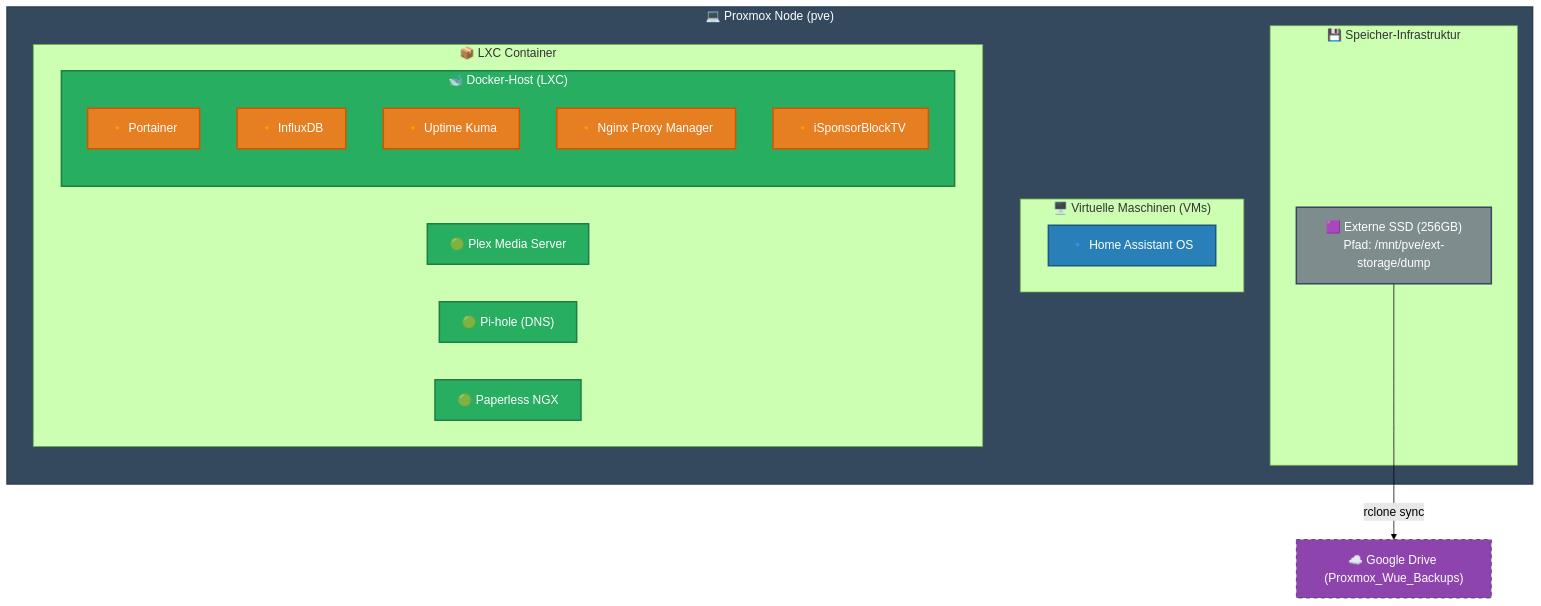
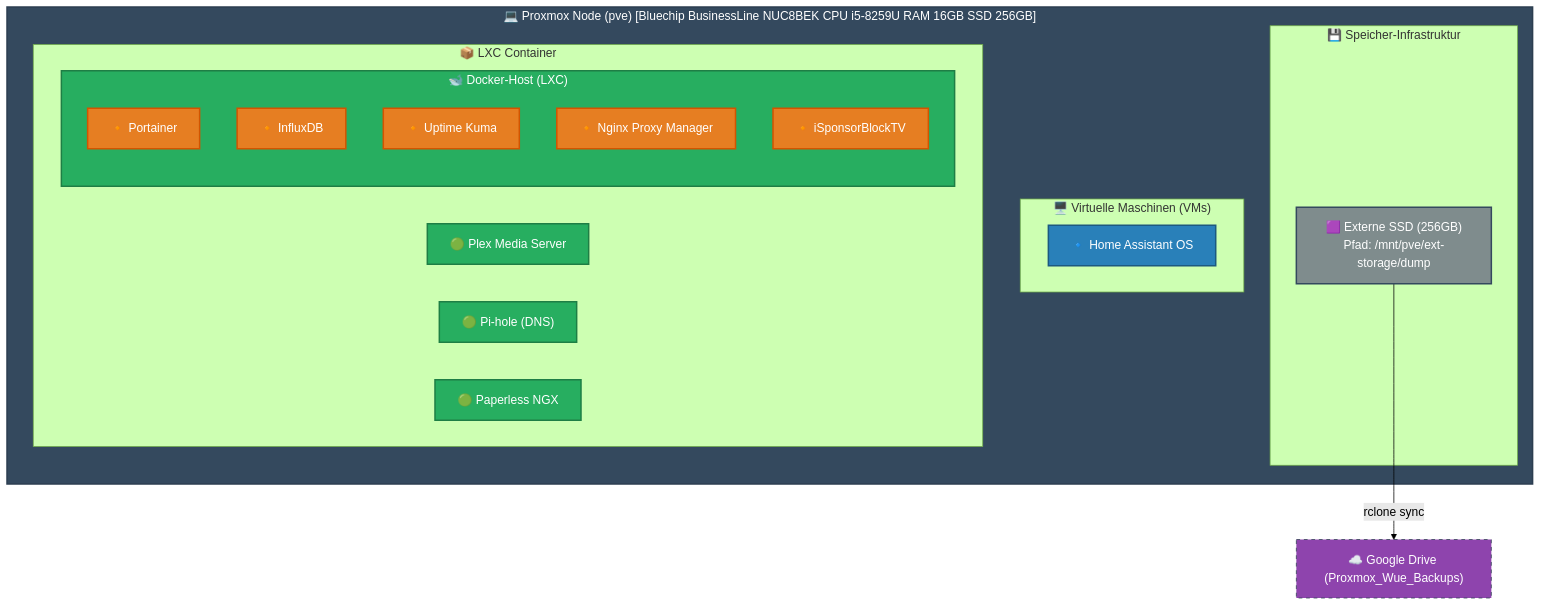
Before and after one commit to mxpfister/homelab-architecture: the first of 6 diagrams in README.md, drawn with Mermaid (forest theme). The commit also changed other lines of this file, not shown here.

````diff
--- a/README.md
+++ b/README.md
@@ -5,44 +5,44 @@
 ```mermaid
 graph TB
     %% Styling
     classDef pveNode fill:#34495e,stroke:#2c3e50,stroke-width:2px,color:#fff;
     classDef vmStyle fill:#2980b9,stroke:#1c5980,stroke-width:2px,color:#fff;
     classDef lxcStyle fill:#27ae60,stroke:#1e7e45,stroke-width:2px,color:#fff;
     classDef dockerStyle fill:#e67e22,stroke:#d35400,stroke-width:2px,color:#fff;
     classDef storageStyle fill:#7f8c8d,stroke:#34495e,stroke-width:2px,color:#fff;
     classDef extStyle fill:#8e44ad,stroke:#2c3e50,stroke-dasharray: 5 5,color:#fff;
 
-    subgraph PVE ["💻 Proxmox Node (pve)"]
+    subgraph PVE ["💻 Proxmox Node (pve) [Bluechip BusinessLine NUC8BEK CPU i5-8259U RAM 16GB SSD 256GB]"]
         
         subgraph Storage ["💾 Speicher-Infrastruktur"]
             SSD["🟪 Externe SSD (256GB)<br>Pfad: /mnt/pve/ext-storage/dump"]:::storageStyle
         end
 
         subgraph VMs ["🖥️ Virtuelle Maschinen (VMs)"]
             HA["🔹 Home Assistant OS"]:::vmStyle
         end
 
         subgraph LXCs ["📦 LXC Container"]
             Plex["🟢 Plex Media Server"]:::lxcStyle
             Pihole["🟢 Pi-hole (DNS)"]:::lxcStyle
             Paperless["🟢 Paperless NGX"]:::lxcStyle
             
             subgraph DockerLXC ["🐋 Docker-Host (LXC)"]
                 Portainer["🔸 Portainer"]:::dockerStyle
                 Influx["🔸 InfluxDB"]:::dockerStyle
                 Uptime["🔸 Uptime Kuma"]:::dockerStyle
                 NPM["🔸 Nginx Proxy Manager"]:::dockerStyle
                 Sponsor["🔸 iSponsorBlockTV"]:::dockerStyle
             end
             class DockerLXC lxcStyle;
         end
     end
 
     %% Externe Verbindungen
     GDrive["☁️ Google Drive (Proxmox_Wue_Backups)"]:::extStyle
     
     %% Datenpfade
     SSD -->|rclone sync| GDrive
     
     class PVE pveNode;
 ```
````
